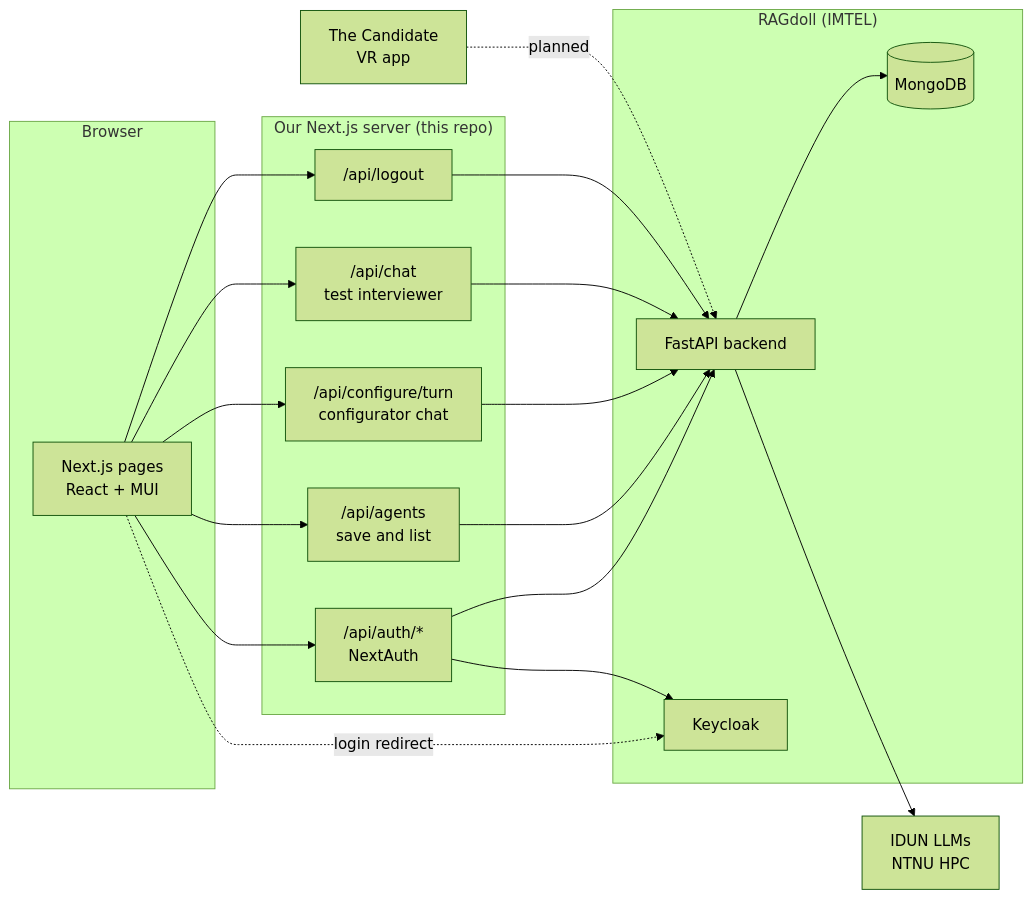
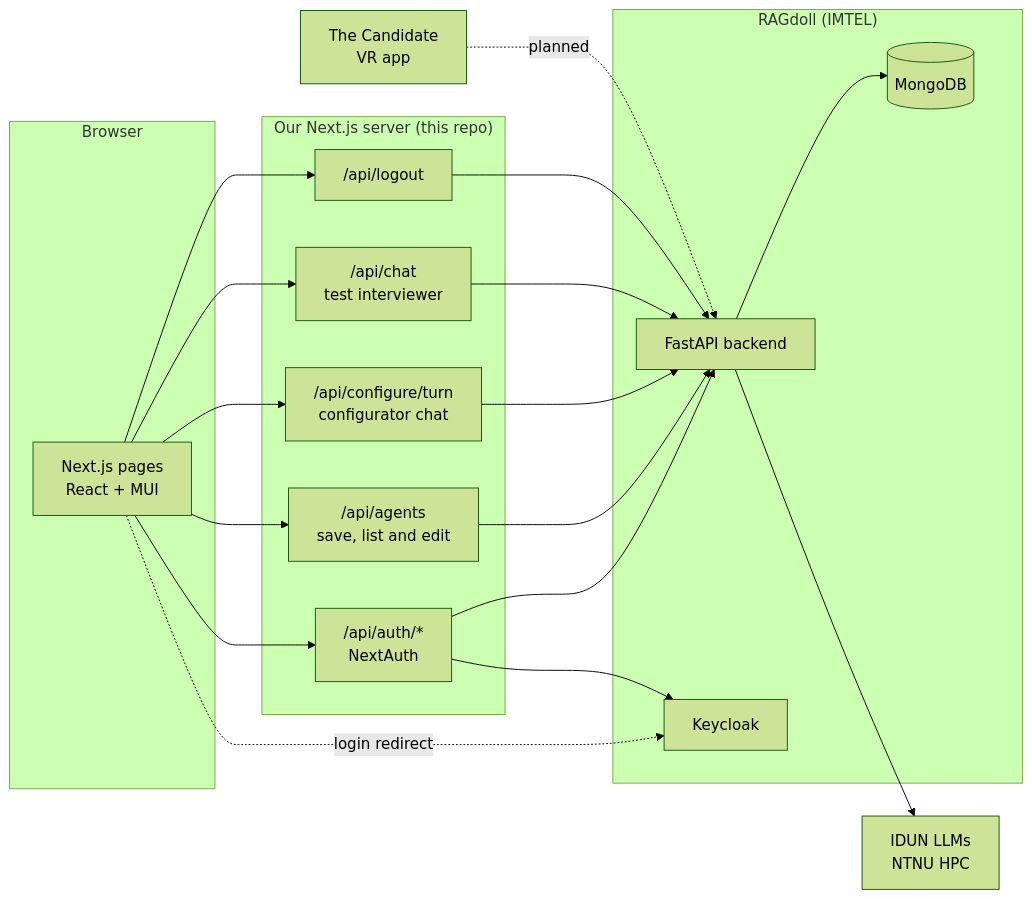
The first of 5 diagrams in docs/architecture.md (IMTEL/team-tdt4290-fall-2026), drawn with Mermaid (forest theme) before and after one commit. The commit also changed other lines of this file and 1 other file, not shown here.

Commit message:
git commit -m "docs: describe editing agents and agent types (#57)"

````diff
--- a/docs/architecture.md
+++ b/docs/architecture.md
@@ -26,35 +28,35 @@
 ```mermaid
 flowchart LR
     subgraph Browser
         UI[Next.js pages<br/>React + MUI]
     end
 
     subgraph Frontend["Our Next.js server (this repo)"]
-        Agents["/api/agents<br/>save and list"]
+        Agents["/api/agents<br/>save, list and edit"]
         Turn["/api/configure/turn<br/>configurator chat"]
         Chat["/api/chat<br/>test interviewer"]
         Auth["/api/auth/*<br/>NextAuth"]
         Logout["/api/logout"]
     end
 
     subgraph RAGdoll["RAGdoll (IMTEL)"]
         API[FastAPI backend]
         KC[Keycloak]
         DB[(MongoDB)]
     end
 
     IDUN[IDUN LLMs<br/>NTNU HPC]
     TC[The Candidate<br/>VR app]
 
     UI --> Agents & Turn & Chat & Auth & Logout
     UI -. login redirect .-> KC
     Auth --> KC
     Auth --> API
     Agents --> API
     Turn --> API
     Chat --> API
     Logout --> API
     API --> DB
     API --> IDUN
     TC -. planned .-> API
 ```
````
